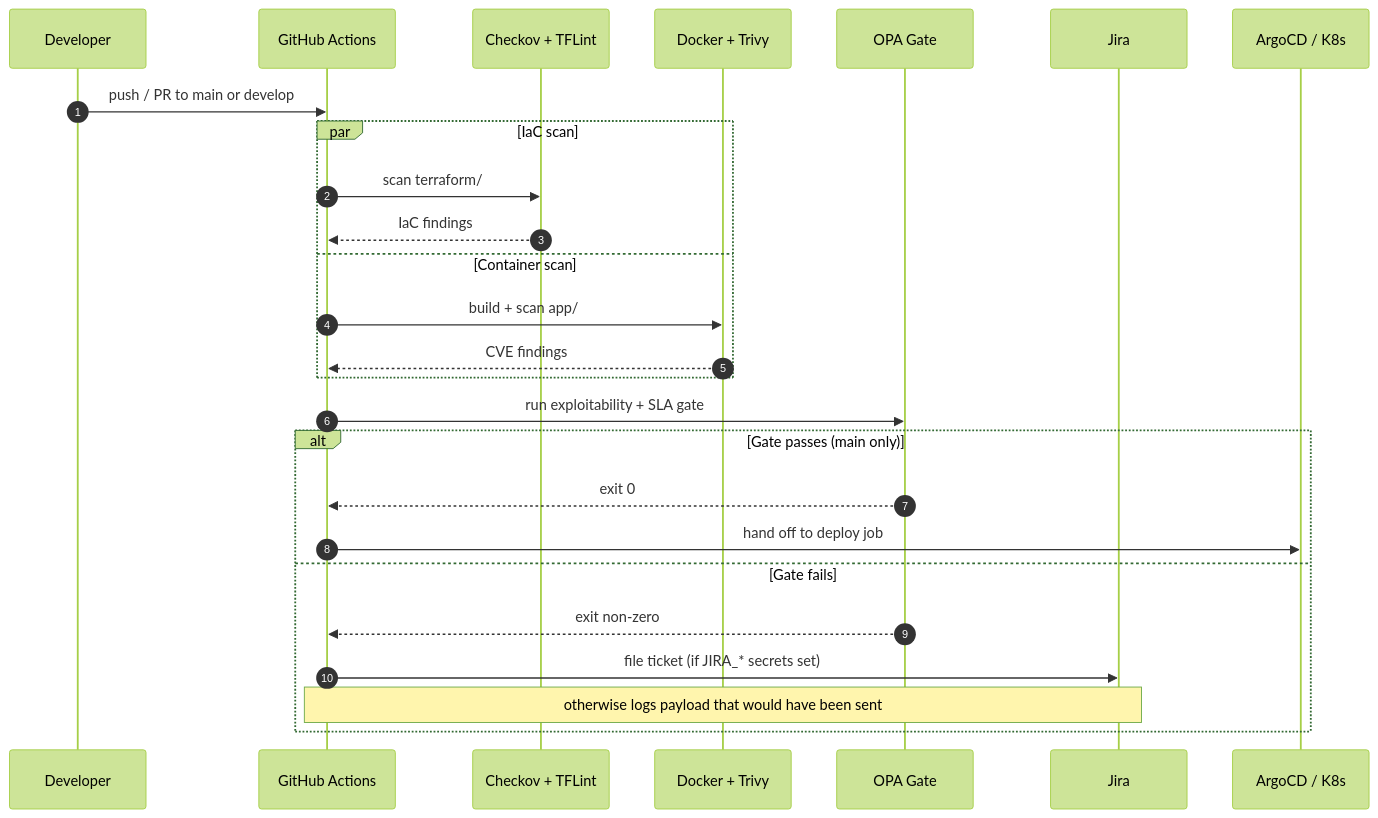
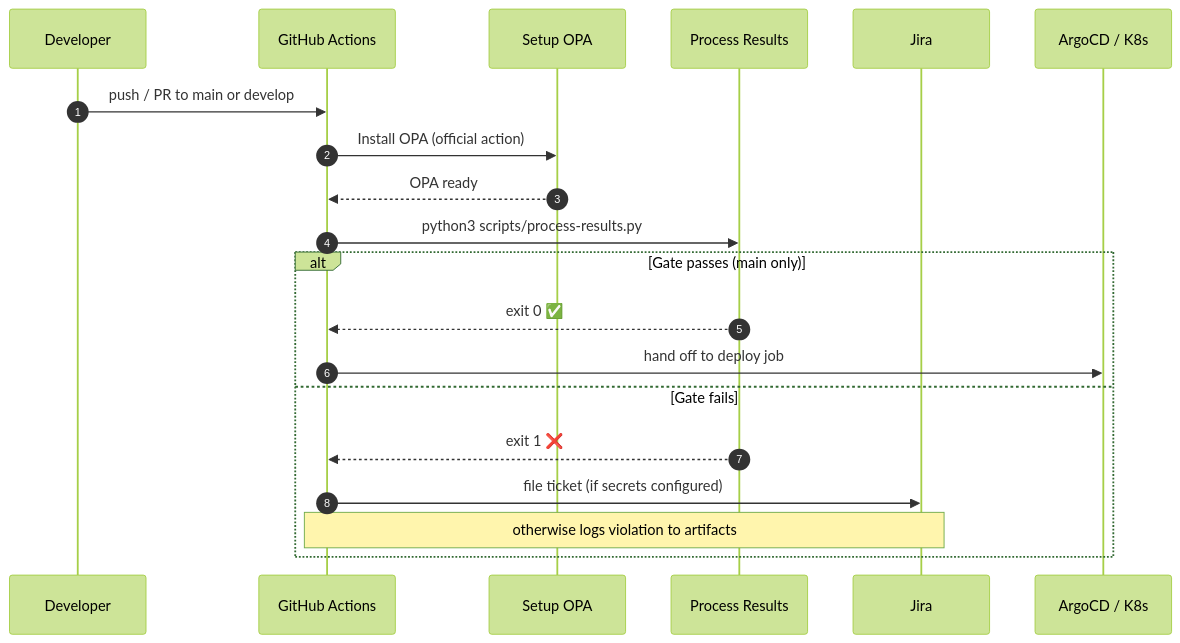
The fifth of 5 diagrams in README.md (JoshuaOmosa/Devsecops-gate), drawn with Mermaid (forest theme) before and after one commit. The commit also changed other lines of this file, not shown here.

````diff
--- a/README.md
+++ b/README.md
@@ -204,29 +187,23 @@
 ```mermaid
 sequenceDiagram
     autonumber
     participant Dev as Developer
     participant CI as GitHub Actions
-    participant IaC as Checkov + TFLint
-    participant Cont as Docker + Trivy
-    participant OPA as OPA Gate
+    participant OPA as Setup OPA
+    participant Gate as Process Results
     participant Jira as Jira
     participant Deploy as ArgoCD / K8s
 
     Dev->>CI: push / PR to main or develop
-    par IaC scan
-        CI->>IaC: scan terraform/
-        IaC-->>CI: IaC findings
-    and Container scan
-        CI->>Cont: build + scan app/
-        Cont-->>CI: CVE findings
-    end
-    CI->>OPA: run exploitability + SLA gate
+    CI->>OPA: Install OPA (official action)
+    OPA-->>CI: OPA ready
+    CI->>Gate: python3 scripts/process-results.py
     alt Gate passes (main only)
-        OPA-->>CI: exit 0
+        Gate-->>CI: exit 0 ✅
         CI->>Deploy: hand off to deploy job
     else Gate fails
-        OPA-->>CI: exit non-zero
-        CI->>Jira: file ticket (if JIRA_* secrets set)
-        Note over CI,Jira: otherwise logs payload that would have been sent
+        Gate-->>CI: exit 1 ❌
+        CI->>Jira: file ticket (if secrets configured)
+        Note over CI,Jira: otherwise logs violation to artifacts
     end
 ```
````
